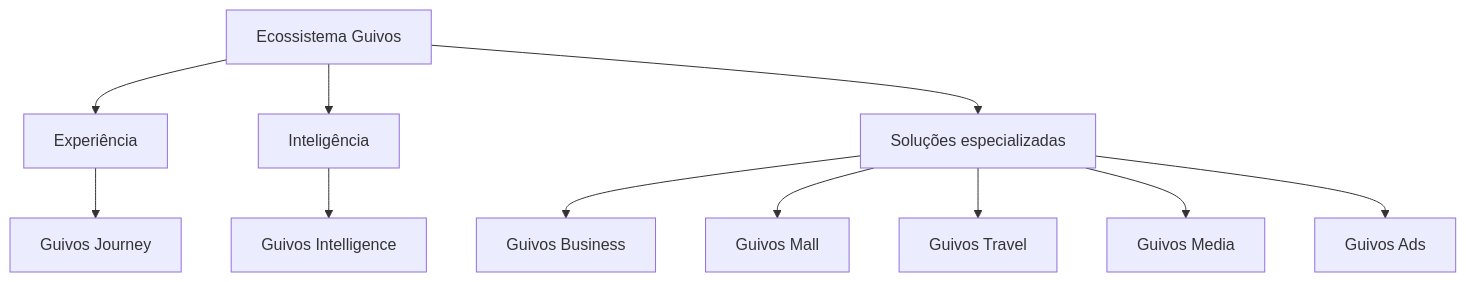
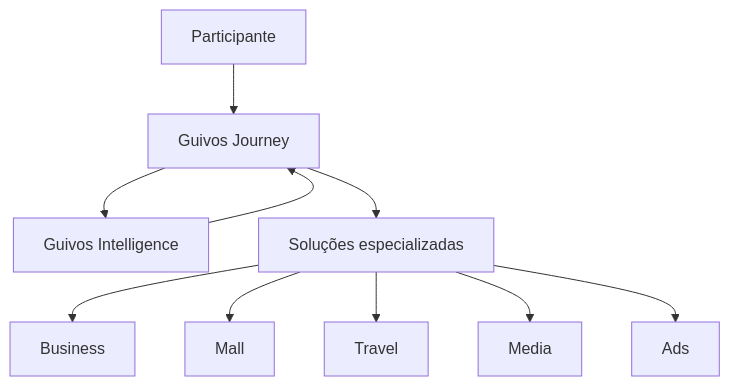
Before and after one commit to guivos-repositorio/Guivos-Knowledge-Repository: the second of 2 diagrams in docs/public/guia-oficial-da-guivos.md, drawn with Mermaid. The commit also changed other lines of this file, not shown here.

````diff
--- a/docs/public/guia-oficial-da-guivos.md
+++ b/docs/public/guia-oficial-da-guivos.md
@@ -526,17 +318,22 @@
 ```mermaid
 flowchart TD
-    G[Ecossistema Guivos]
+    P[Participante]
+    J[Guivos Journey]
+    I[Guivos Intelligence]
+    S[Soluções especializadas]
+    B[Business]
+    M[Mall]
+    T[Travel]
+    MD[Media]
+    A[Ads]
 
-    G --> E[Experiência]
-    E --> J[Guivos Journey]
-
-    G --> I[Inteligência]
-    I --> GI[Guivos Intelligence]
-
-    G --> S[Soluções especializadas]
-    S --> B[Guivos Business]
-    S --> M[Guivos Mall]
-    S --> T[Guivos Travel]
-    S --> MD[Guivos Media]
-    S --> A[Guivos Ads]
+    P --> J
+    J --> I
+    I --> J
+    J --> S
+    S --> B
+    S --> M
+    S --> T
+    S --> MD
+    S --> A
 ```
````
